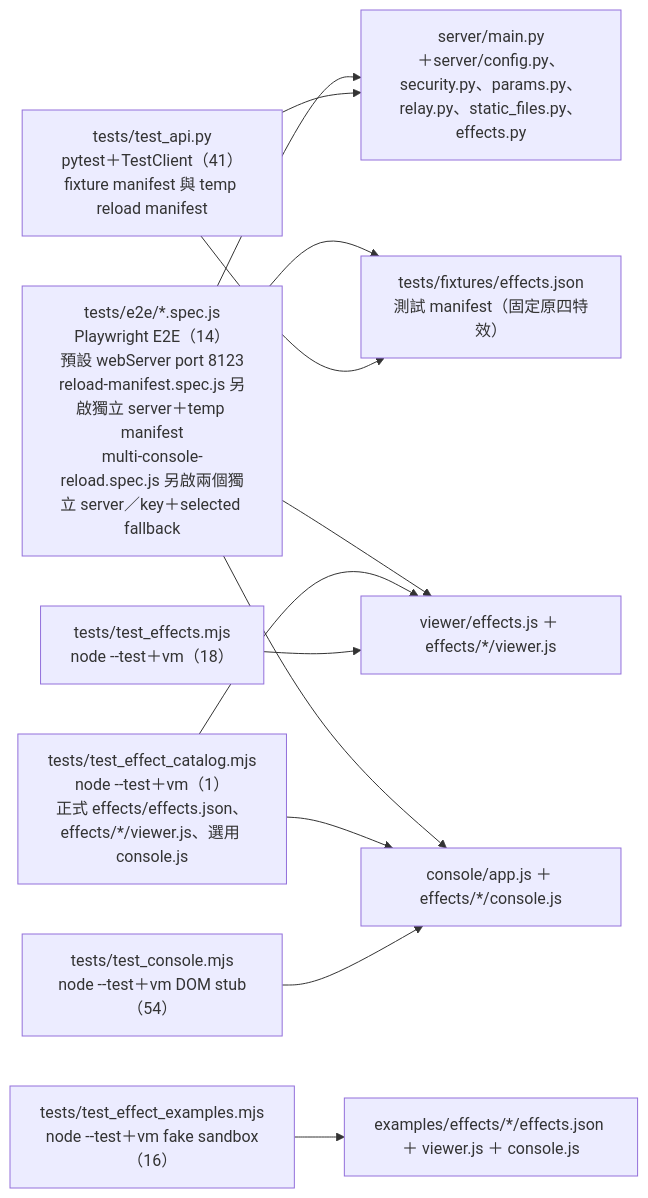
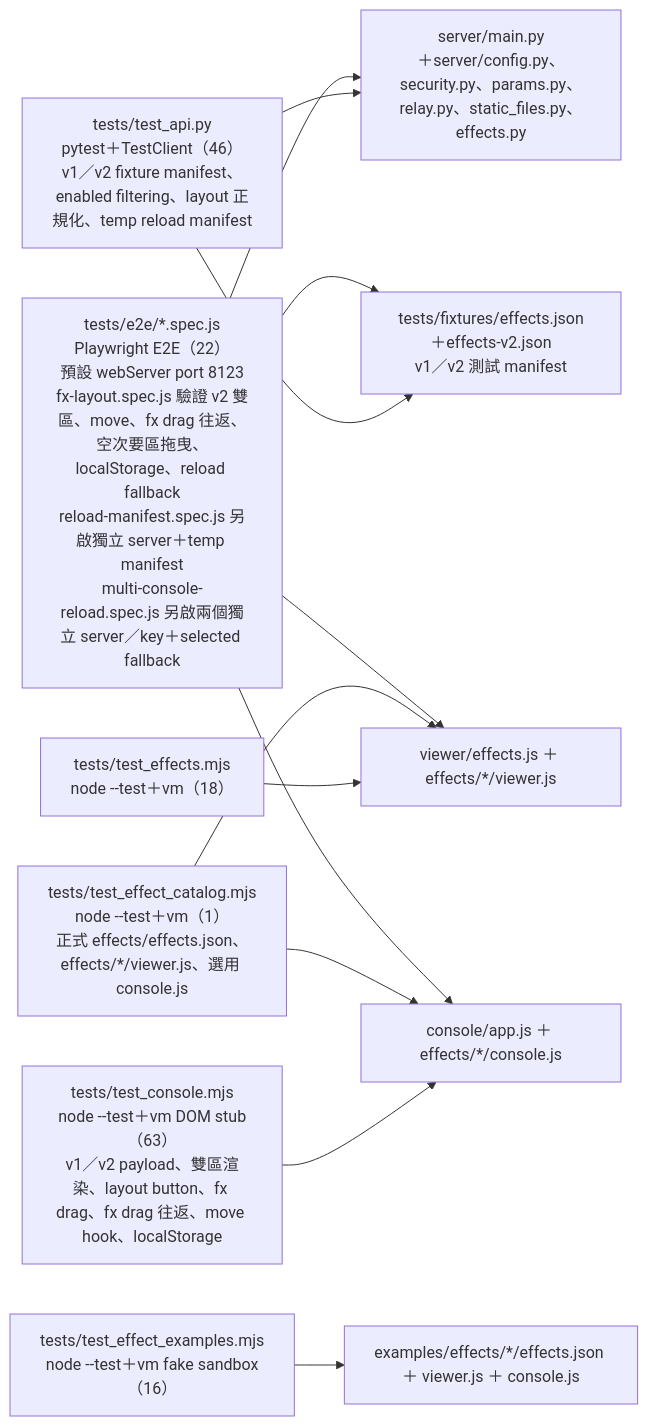
Before and after one commit to zivngit/Real-time-Interaction-html: the sixth of 6 diagrams in docs/agents/CALL_GRAPH.md, drawn with Mermaid. The commit also changed other lines of this file and 17 other files, not shown here.

Commit message:
feat(effects): 支援 manifest v2 與 console 雙區特效布局

````diff
--- a/docs/agents/CALL_GRAPH.md
+++ b/docs/agents/CALL_GRAPH.md
@@ -300,15 +314,15 @@
 ```mermaid
 flowchart LR
-    TF["tests/fixtures/effects.json<br/>測試 manifest（固定原四特效）"]
-    TA["tests/test_api.py<br/>pytest＋TestClient（41）<br/>fixture manifest 與 temp reload manifest"] --> M["server/main.py<br/>＋server/config.py、security.py、params.py、relay.py、static_files.py、effects.py"]
+    TF["tests/fixtures/effects.json＋effects-v2.json<br/>v1／v2 測試 manifest"]
+    TA["tests/test_api.py<br/>pytest＋TestClient（46）<br/>v1／v2 fixture manifest、enabled filtering、layout 正規化、temp reload manifest"] --> M["server/main.py<br/>＋server/config.py、security.py、params.py、relay.py、static_files.py、effects.py"]
     TA --> TF
     TE["tests/test_effects.mjs<br/>node --test＋vm（18）"] --> S["viewer/effects.js ＋ effects/*/viewer.js"]
-    TC["tests/test_console.mjs<br/>node --test＋vm DOM stub（54）"] --> K["console/app.js ＋ effects/*/console.js"]
+    TC["tests/test_console.mjs<br/>node --test＋vm DOM stub（63）<br/>v1／v2 payload、雙區渲染、layout button、fx drag、fx drag 往返、move hook、localStorage"] --> K["console/app.js ＋ effects/*/console.js"]
     TX["tests/test_effect_examples.mjs<br/>node --test＋vm fake sandbox（16）"] --> X["examples/effects/*/effects.json ＋ viewer.js ＋ console.js"]
     TG["tests/test_effect_catalog.mjs<br/>node --test＋vm（1）<br/>正式 effects/effects.json、effects/*/viewer.js、選用 console.js"] --> S
     TG --> K
-    TP["tests/e2e/*.spec.js<br/>Playwright E2E（14）<br/>預設 webServer port 8123<br/>reload-manifest.spec.js 另啟獨立 server＋temp manifest<br/>multi-console-reload.spec.js 另啟兩個獨立 server／key＋selected fallback"] --> M
+    TP["tests/e2e/*.spec.js<br/>Playwright E2E（22）<br/>預設 webServer port 8123<br/>fx-layout.spec.js 驗證 v2 雙區、move、fx drag 往返、空次要區拖曳、localStorage、reload fallback<br/>reload-manifest.spec.js 另啟獨立 server＋temp manifest<br/>multi-console-reload.spec.js 另啟兩個獨立 server／key＋selected fallback"] --> M
     TP --> K
     TP --> S
     TP --> TF
 ```
````
